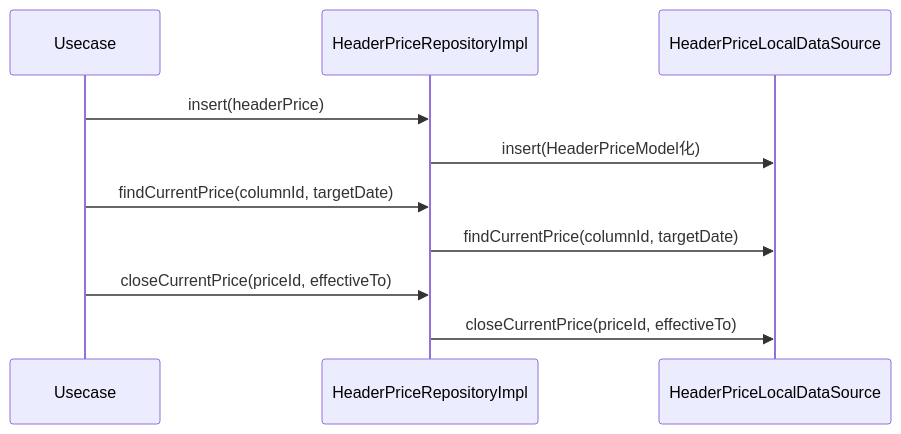
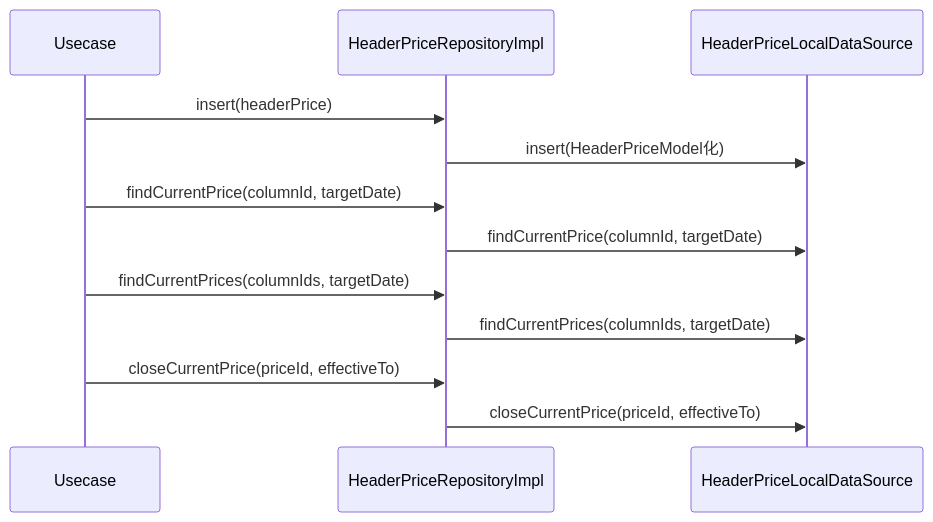
One commit to MinamiyamaKotaro/m3_pad changed the diagram in docs/design/lib/src/features/voucher/data/repositories/header_price_repository_impl.md. Above: the diagram before and after it, drawn with Mermaid. The commit also changed other lines of this file and 29 other files, not shown here.

````diff
--- a/docs/design/lib/src/features/voucher/data/repositories/header_price_repository_impl.md
+++ b/docs/design/lib/src/features/voucher/data/repositories/header_price_repository_impl.md
@@ -13,13 +14,15 @@
 ```mermaid
 sequenceDiagram
     participant U as Usecase
     participant Impl as HeaderPriceRepositoryImpl
     participant D as HeaderPriceLocalDataSource
 
     U->>Impl: insert(headerPrice)
     Impl->>D: insert(HeaderPriceModel化)
     U->>Impl: findCurrentPrice(columnId, targetDate)
     Impl->>D: findCurrentPrice(columnId, targetDate)
+    U->>Impl: findCurrentPrices(columnIds, targetDate)
+    Impl->>D: findCurrentPrices(columnIds, targetDate)
     U->>Impl: closeCurrentPrice(priceId, effectiveTo)
     Impl->>D: closeCurrentPrice(priceId, effectiveTo)
 ```
````
